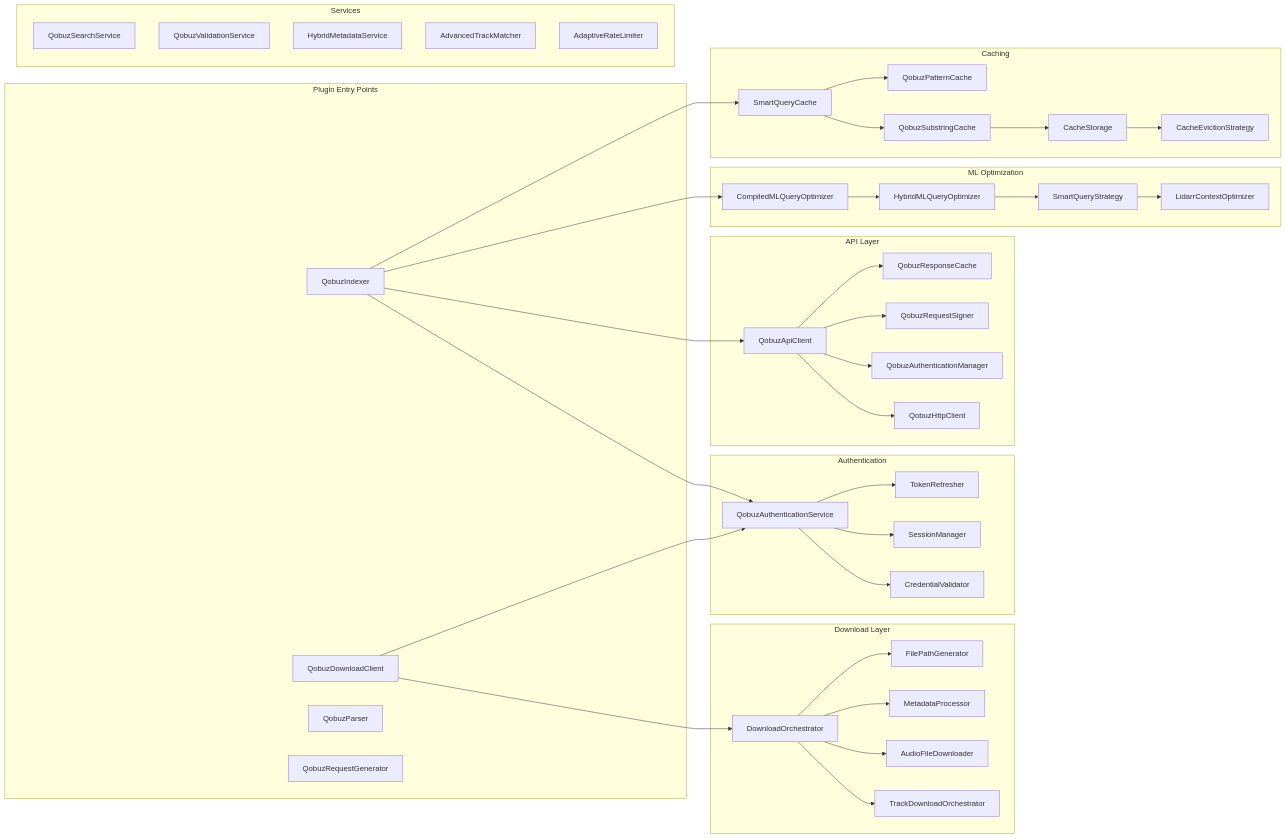
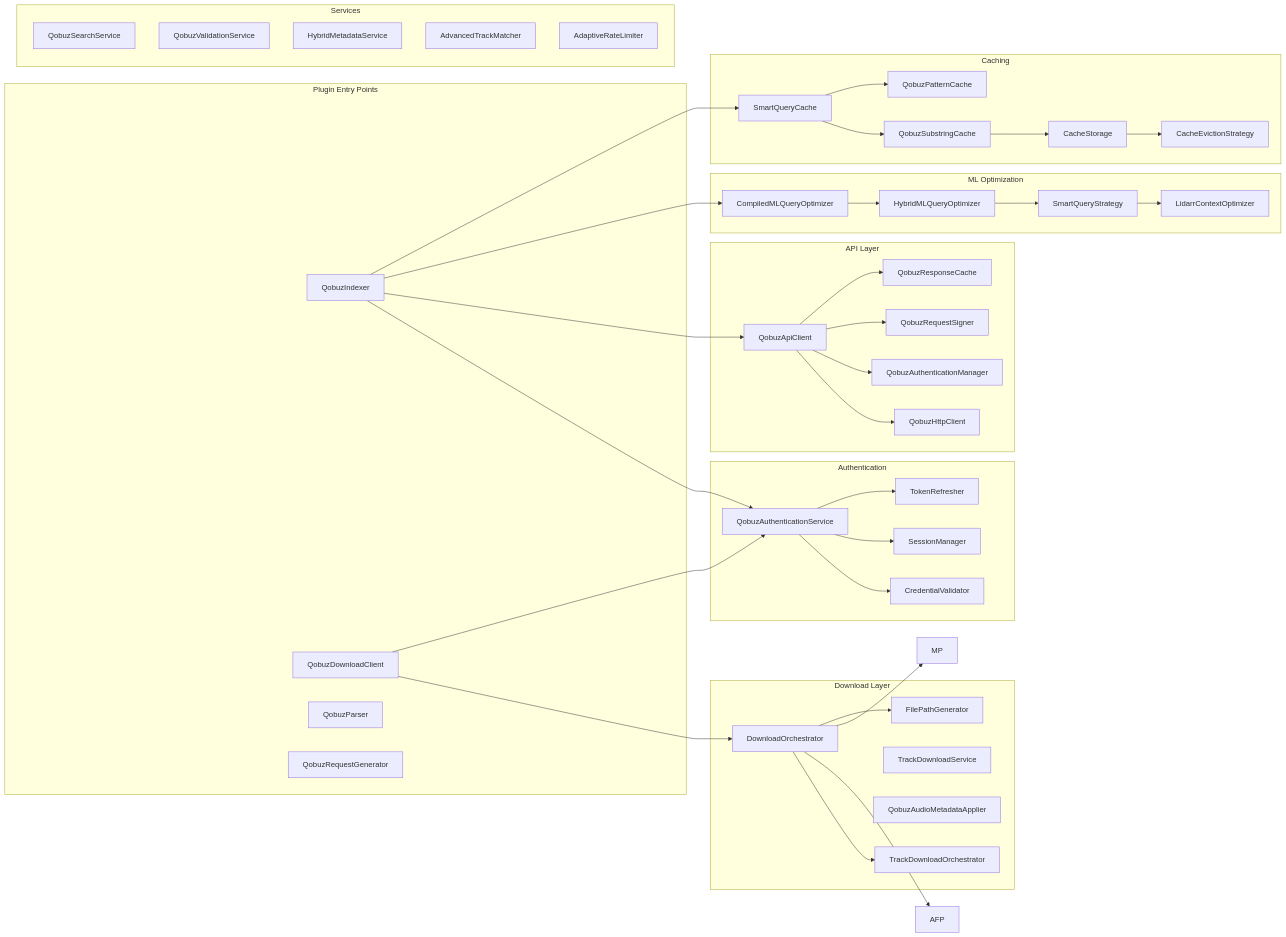
One commit to RicherTunes/Qobuzarr changed the second of 25 diagrams in docs/ARCHITECTURE.md. Above: the diagram before and after it, drawn with Mermaid. The commit also changed other lines of this file and 231 other files, not shown here.

```diff
--- a/docs/ARCHITECTURE.md
+++ b/docs/ARCHITECTURE.md
@@ -141,8 +141,8 @@
     subgraph "Download Layer"
         DO[DownloadOrchestrator]
         TDO[TrackDownloadOrchestrator]
-        AFP[AudioFileDownloader]
-        MP[MetadataProcessor]
+        TDS[TrackDownloadService]
+        MAP[QobuzAudioMetadataApplier]
         FPG[FilePathGenerator]
     end
     
```
